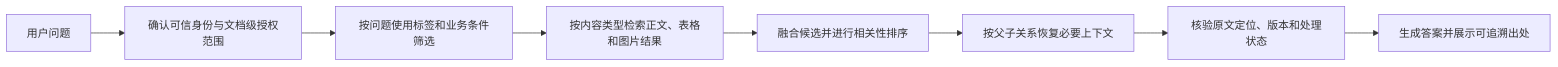
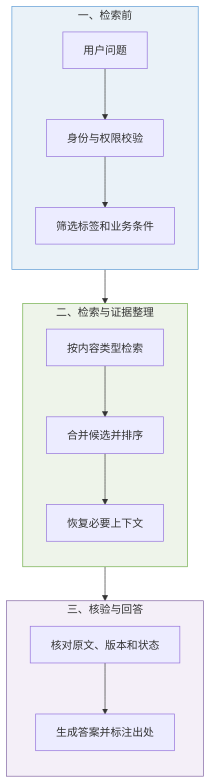
Before and after one commit to miaolin55555/enterprise-knowledge-governance-qa: the third of 3 diagrams in 第五章_多模态文档解析与知识单元构建.md, drawn with Mermaid. The commit also changed other lines of this file and 3 other files, not shown here.

````diff
--- a/第五章_多模态文档解析与知识单元构建.md
+++ b/第五章_多模态文档解析与知识单元构建.md
@@ -516,10 +518,20 @@
 ```mermaid
-flowchart LR
-    U[用户问题] --> I[确认可信身份与文档级授权范围]
-    I --> T[按问题使用标签和业务条件筛选]
-    T --> R[按内容类型检索正文、表格和图片结果]
-    R --> S[融合候选并进行相关性排序]
-    S --> C[按父子关系恢复必要上下文]
-    C --> V[核验原文定位、版本和处理状态]
-    V --> A[生成答案并展示可追溯出处]
+flowchart TB
+    subgraph PRE[一、检索前]
+        direction TB
+        U[用户问题] --> I[身份与权限校验] --> T[筛选标签和业务条件]
+    end
+    subgraph RETRIEVE[二、检索与证据整理]
+        direction TB
+        R[按内容类型检索] --> S[合并候选并排序] --> C[恢复必要上下文]
+    end
+    subgraph ANSWER[三、核验与回答]
+        direction TB
+        V[核对原文、版本和状态] --> A[生成答案并标注出处]
+    end
+    T --> R
+    C --> V
+    style PRE fill:#EAF2F8,stroke:#5B9BD5,stroke-width:1px
+    style RETRIEVE fill:#EEF4EA,stroke:#70AD47,stroke-width:1px
+    style ANSWER fill:#F4EFF8,stroke:#8064A2,stroke-width:1px
 ```
````
